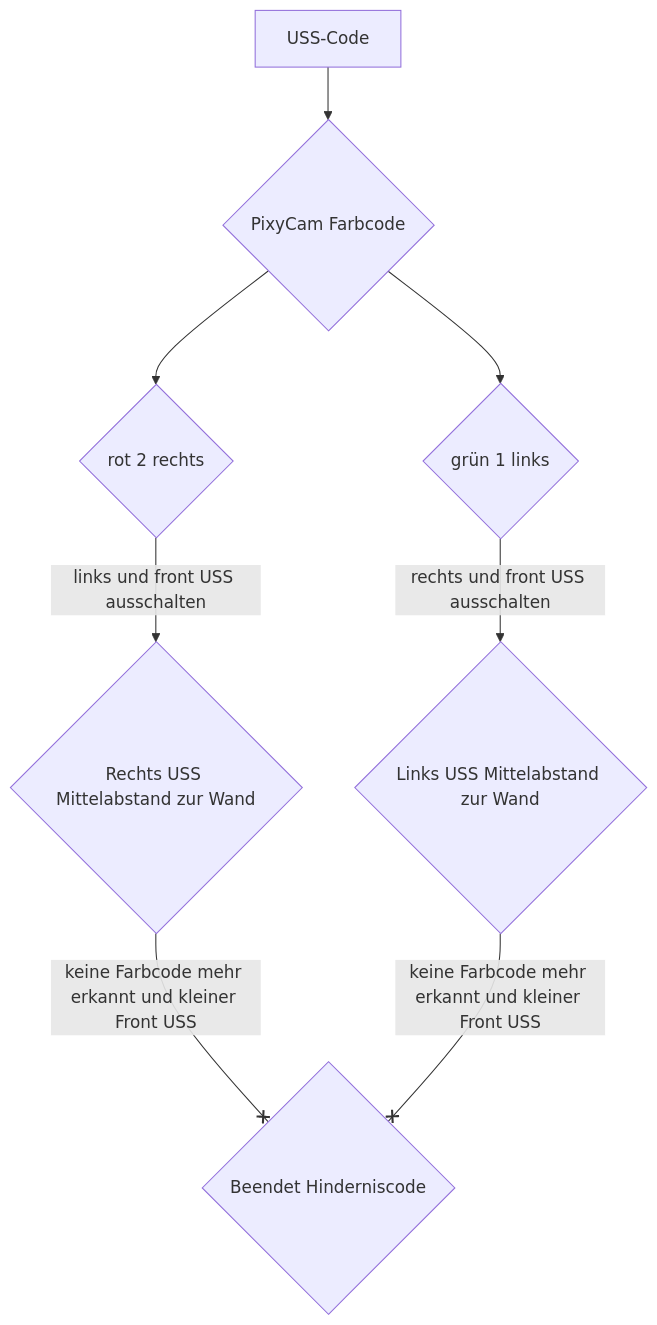
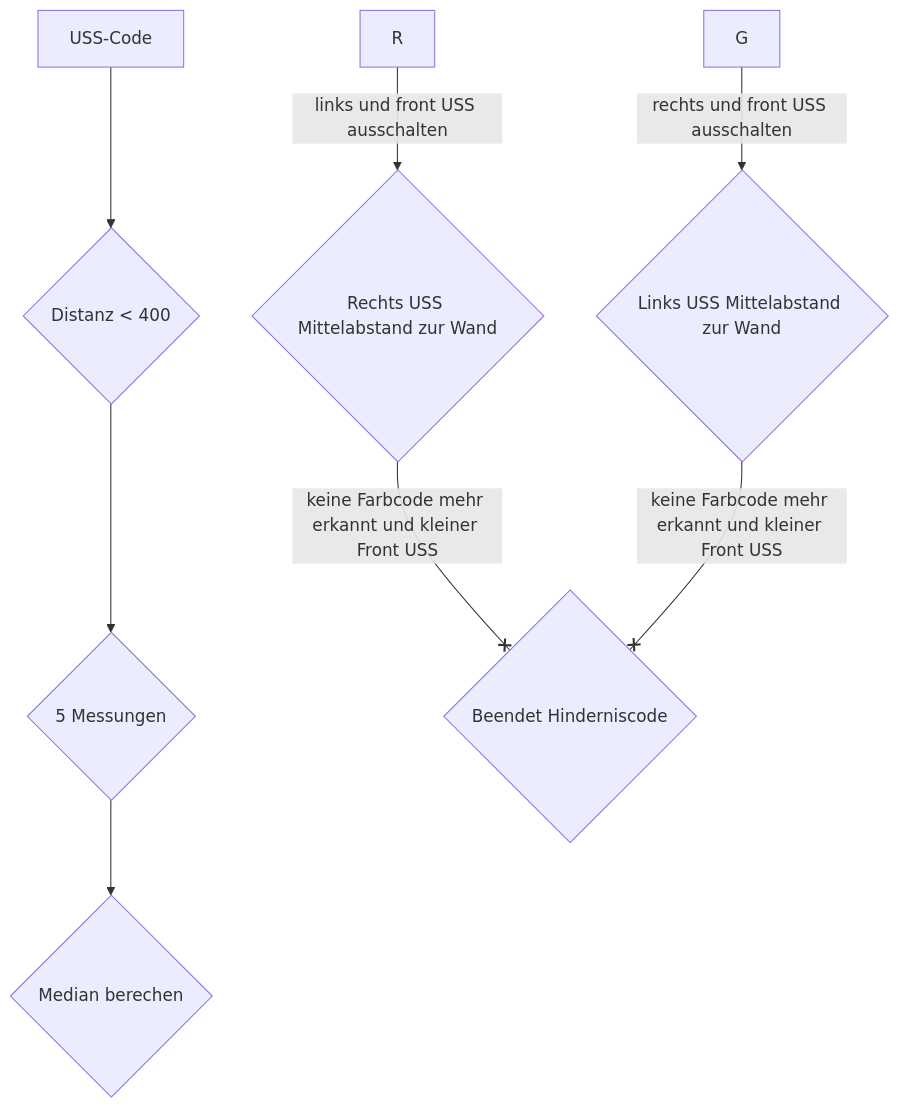
One commit to SchroedingersBit/PfortGTPanama changed the diagram in Programme/Eröffnungsrennen/README.md. Above: the diagram before and after it, drawn with Mermaid.

````diff
--- a/Programme/Eröffnungsrennen/README.md
+++ b/Programme/Eröffnungsrennen/README.md
@@ -5,7 +5,8 @@
 ```mermaid
 flowchart TB;
-USS-Code --> P{PixyCam Farbcode} --> R{rot 2 rechts} & G{grün 1 links};
+USS-Code --> D{Distanz < 400} --> M{5 Messungen};
+M-->ME{Median berechen};
 R -->|links und front USS ausschalten| RU{Rechts USS Mittelabstand zur Wand};
 G -->|rechts und front USS ausschalten| LU{Links USS Mittelabstand zur Wand};
 RU & LU --x |keine Farbcode mehr erkannt und kleiner Front USS | B{Beendet Hinderniscode};
 ```
````
